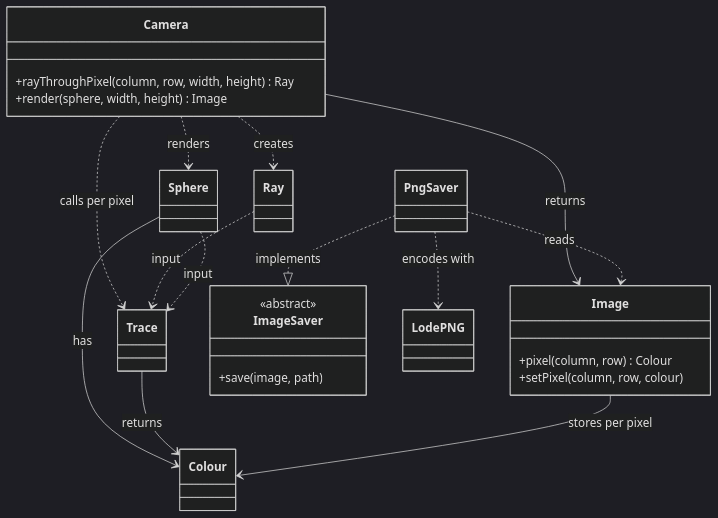
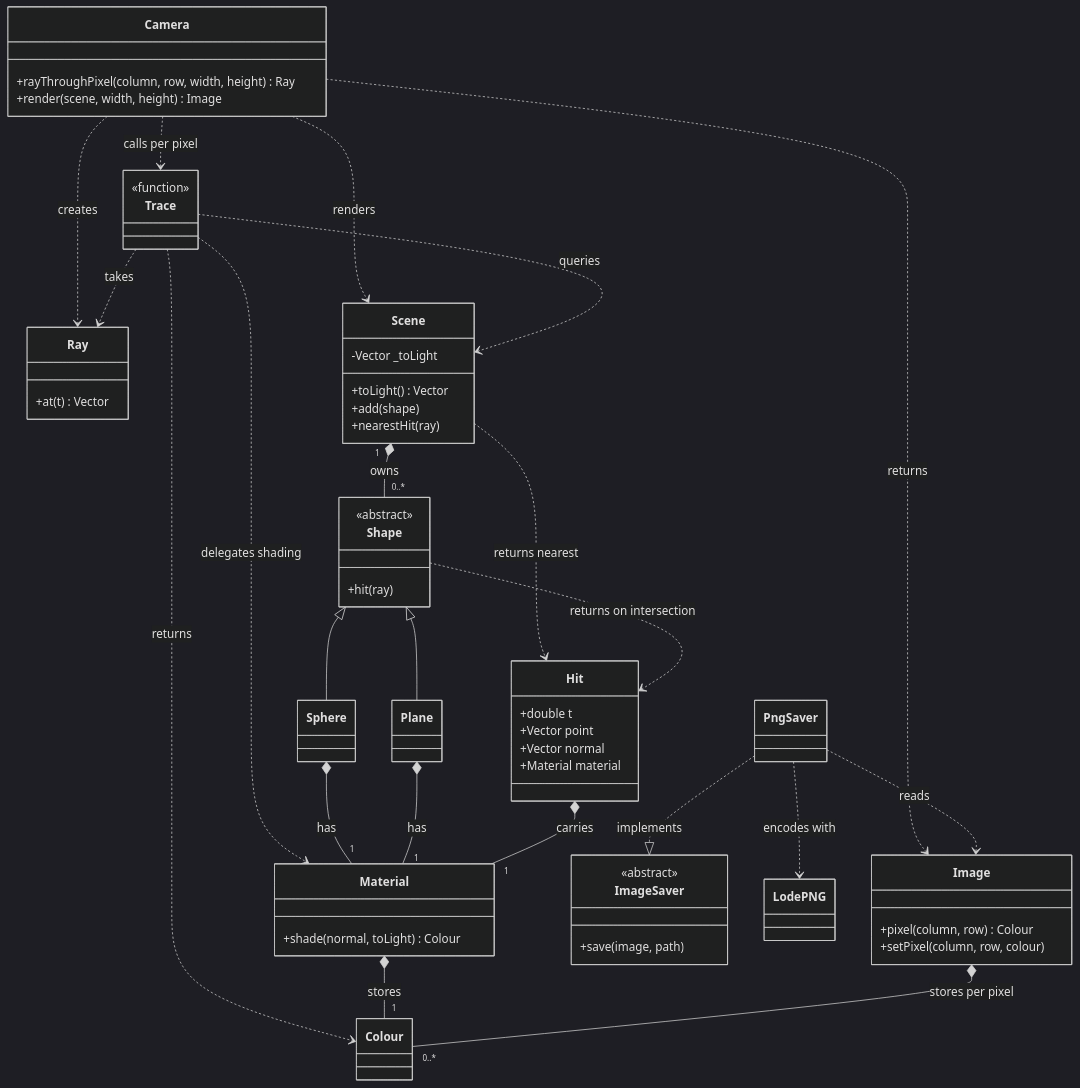
Before and after one commit to AksilSadi/raytracer: the diagram in docs/discovery/discovery-report.md, drawn with Mermaid (dark theme). The commit also changed other lines of this file and 1 other file, not shown here.

Commit message:
Domain model and ADR: a shape has a material

````diff
--- a/docs/discovery/discovery-report.md
+++ b/docs/discovery/discovery-report.md
@@ -178,34 +176,67 @@
 ```mermaid
 classDiagram
     class Camera {
         +rayThroughPixel(column, row, width, height) Ray
-        +render(sphere, width, height) Image
+        +render(scene, width, height) Image
     }
-    class Ray
+    class Ray {
+        +at(t) Vector
+    }
+    class Scene {
+        -Vector _toLight
+        +toLight() Vector
+        +add(shape)
+        +nearestHit(ray)
+    }
+    class Shape {
+        <<abstract>>
+        +hit(ray)
+    }
     class Sphere
+    class Plane
+    class Hit {
+        +double t
+        +Vector point
+        +Vector normal
+        +Material material
+    }
+    class Material {
+        +shade(normal, toLight) Colour
+    }
     class Colour
     class Image {
         +pixel(column, row) Colour
         +setPixel(column, row, colour)
     }
-    class Trace
+    class Trace {
+        <<function>>
+    }
     class ImageSaver {
         <<abstract>>
         +save(image, path)
     }
     class PngSaver
     class LodePNG
 
     Camera ..> Ray : creates
-    Camera ..> Sphere : renders
-    Camera --> Image : returns
+    Camera ..> Scene : renders
+    Camera ..> Image : returns
     Camera ..> Trace : calls per pixel
-    Ray ..> Trace : input
-    Sphere ..> Trace : input
-    Sphere --> Colour : has
-    Trace --> Colour : returns
-    Image --> Colour : stores per pixel
+    Trace ..> Ray : takes
+    Trace ..> Scene : queries
+    Trace ..> Material : delegates shading
+    Trace ..> Colour : returns
+    Scene "1" *-- "0..*" Shape : owns
+    Scene ..> Hit : returns nearest
+    Shape <|-- Sphere
+    Shape <|-- Plane
+    Shape ..> Hit : returns on intersection
+    Sphere *-- "1" Material : has
+    Plane *-- "1" Material : has
+    Hit *-- "1" Material : carries
+    Material *-- "1" Colour : stores
+    Image *-- "0..*" Colour : stores per pixel
     PngSaver ..|> ImageSaver : implements
     PngSaver ..> Image : reads
     PngSaver ..> LodePNG : encodes with
 ```
````
